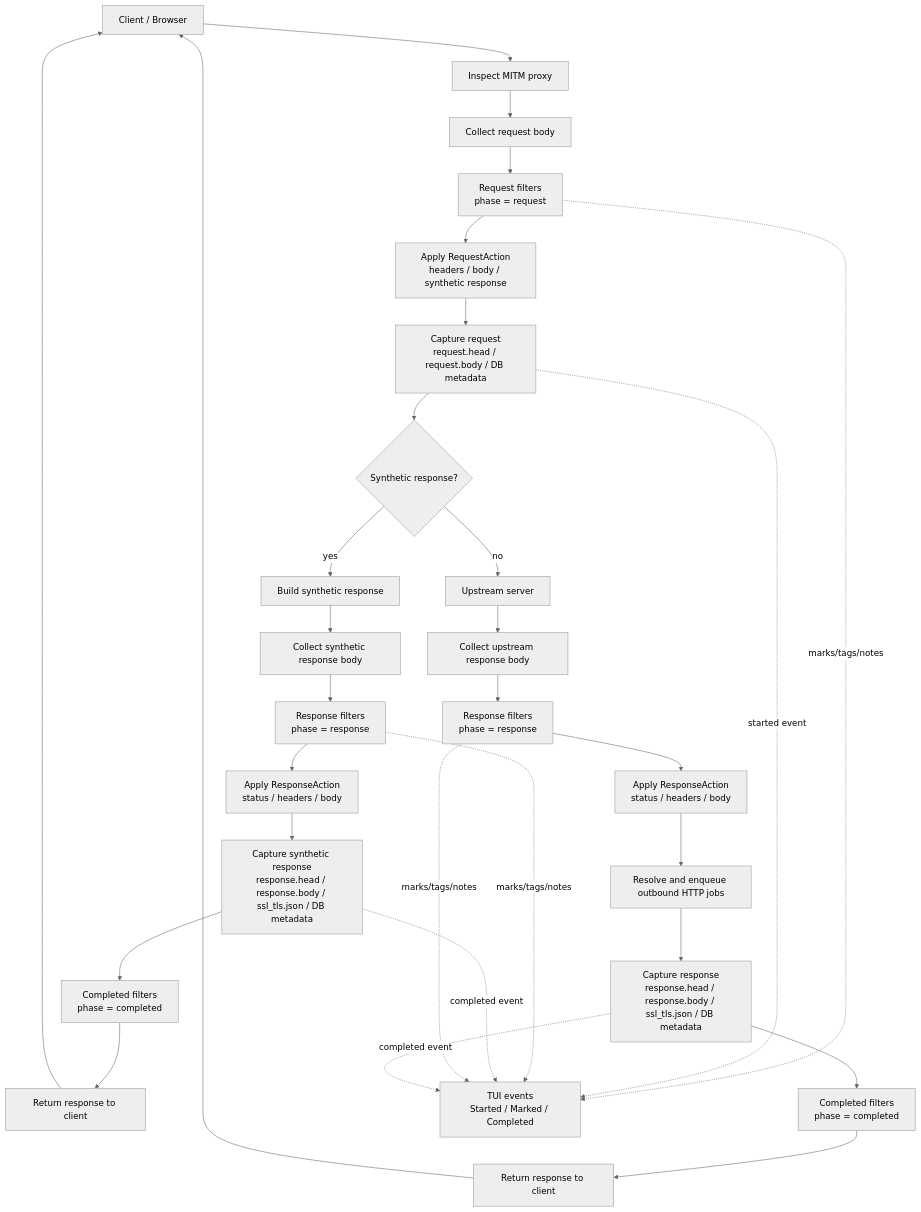
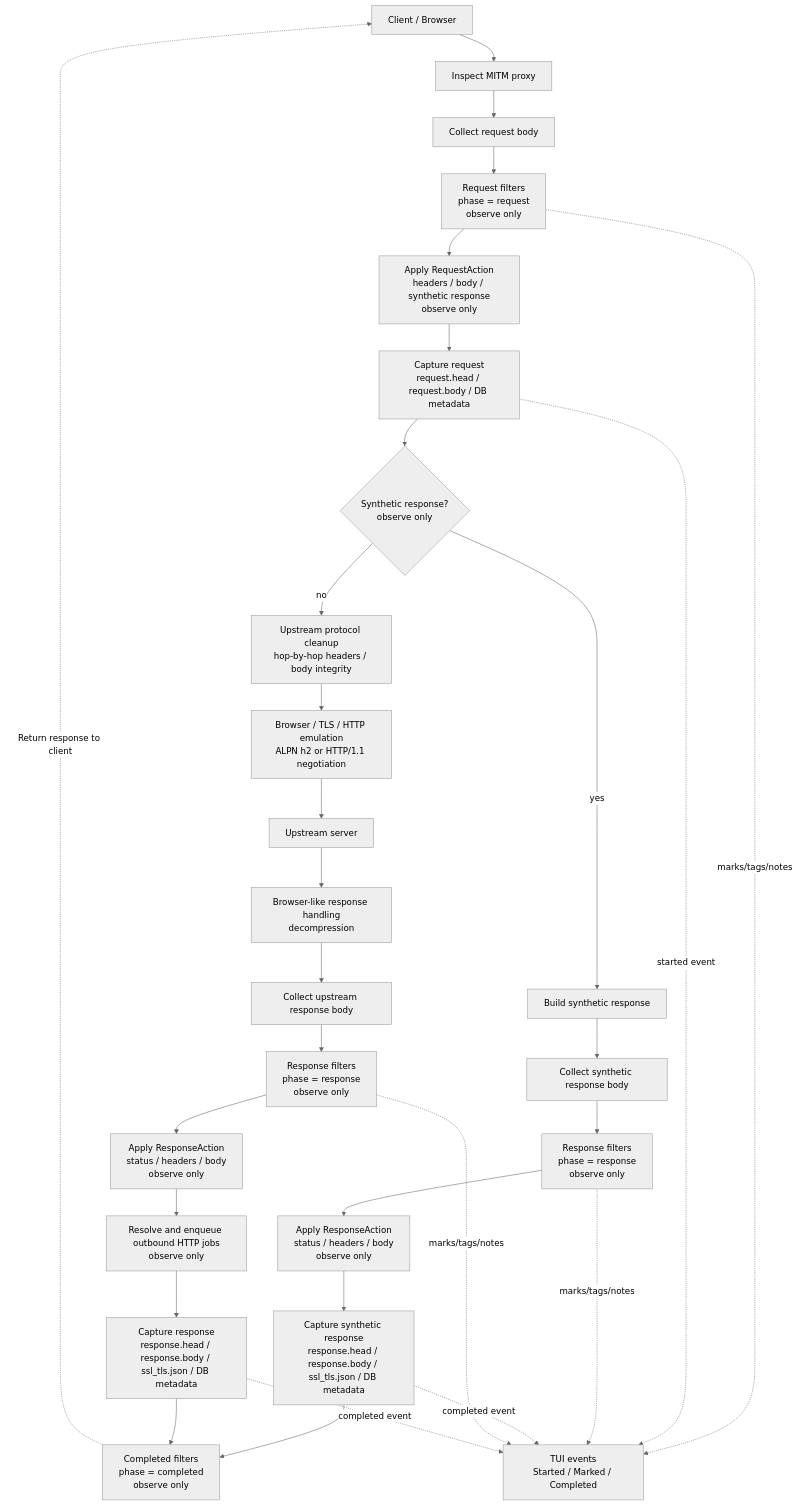
One commit to phunks/inspect changed the diagram in docs/roto-filters.md. Above: the diagram before and after it, drawn with Mermaid (neutral theme). The commit also changed other lines of this file and 27 other files, not shown here.

````diff
--- a/docs/roto-filters.md
+++ b/docs/roto-filters.md
@@ -56,68 +100,74 @@
 ```mermaid
 flowchart TD
     client[Client / Browser]
-
     proxy[Inspect MITM proxy]
 
     collect_req[Collect request body]
-    request_filter[Request filters<br/>phase = request]
-    apply_req[Apply RequestAction<br/>headers / body / synthetic response]
+    request_filter[Request filters<br/>phase = request<br/>observe only]
+    apply_req[Apply RequestAction<br/>headers / body / synthetic response<br/>observe only]
     save_req[Capture request<br/>request.head / request.body / DB metadata]
 
-    synthetic_check{Synthetic response?}
+    synthetic_check{Synthetic response?<br/>observe only}
+
+    protocol_cleanup[Upstream protocol cleanup<br/>hop-by-hop headers / body integrity]
+    upstream_emulation[Browser / TLS / HTTP emulation<br/>ALPN h2 or HTTP/1.1 negotiation]
+    upstream[Upstream server]
+
+    response_handling[Browser-like response handling<br/>decompression]
+    collect_res[Collect upstream response body]
+    response_filter[Response filters<br/>phase = response<br/>observe only]
+    apply_res[Apply ResponseAction<br/>status / headers / body<br/>observe only]
+    outbound_jobs[Resolve and enqueue outbound HTTP jobs<br/>observe only]
+    save_res[Capture response<br/>response.head / response.body / ssl_tls.json / DB metadata]
+    completed[Completed filters<br/>phase = completed<br/>observe only]
+%%    return_res[Return response to client]
 
     synthetic_res[Build synthetic response]
     collect_synthetic[Collect synthetic response body]
-    response_filter_synthetic[Response filters<br/>phase = response]
-    apply_synthetic_res[Apply ResponseAction<br/>status / headers / body]
+    response_filter_synthetic[Response filters<br/>phase = response<br/>observe only]
+    apply_synthetic_res[Apply ResponseAction<br/>status / headers / body<br/>observe only]
     save_synthetic[Capture synthetic response<br/>response.head / response.body / ssl_tls.json / DB metadata]
-    completed_synthetic[Completed filters<br/>phase = completed]
-    return_synthetic[Return response to client]
-
-    upstream[Upstream server]
-
-    collect_res[Collect upstream response body]
-    response_filter[Response filters<br/>phase = response]
-    apply_res[Apply ResponseAction<br/>status / headers / body]
-    outbound_jobs[Resolve and enqueue outbound HTTP jobs]
-    save_res[Capture response<br/>response.head / response.body / ssl_tls.json / DB metadata]
-    completed[Completed filters<br/>phase = completed]
-    return_res[Return response to client]
+%%    completed_synthetic[Completed filters<br/>phase = completed<br/>observe only]
+%%    return_synthetic[Return response to client]
 
     tui[TUI events<br/>Started / Marked / Completed]
 
     client --> proxy
     proxy --> collect_req
     collect_req --> request_filter
     request_filter --> apply_req
     apply_req --> save_req
     save_req --> synthetic_check
 
     request_filter -. marks/tags/notes .-> tui
     save_req -. started event .-> tui
 
     synthetic_check -- yes --> synthetic_res
     synthetic_res --> collect_synthetic
     collect_synthetic --> response_filter_synthetic
     response_filter_synthetic --> apply_synthetic_res
     apply_synthetic_res --> save_synthetic
-    save_synthetic --> completed_synthetic
-    completed_synthetic --> return_synthetic
-    return_synthetic --> client
-
+    save_synthetic --> completed
+%%    completed_synthetic --> return_synthetic
+%%    return_synthetic --> client
+    
     response_filter_synthetic -. marks/tags/notes .-> tui
     save_synthetic -. completed event .-> tui
 
-    synthetic_check -- no --> upstream
-    upstream --> collect_res
+    synthetic_check -- no --> protocol_cleanup
+    protocol_cleanup --> upstream_emulation
+    upstream_emulation --> upstream
+    upstream --> response_handling
+    response_handling --> collect_res
     collect_res --> response_filter
     response_filter --> apply_res
     apply_res --> outbound_jobs
     outbound_jobs --> save_res
     save_res --> completed
-    completed --> return_res
-    return_res --> client
+%%    completed --> return_res
+%%    return_res --> client
+    completed -. Return response to client .-> client
 
     response_filter -. marks/tags/notes .-> tui
     save_res -. completed event .-> tui
 ```
````
